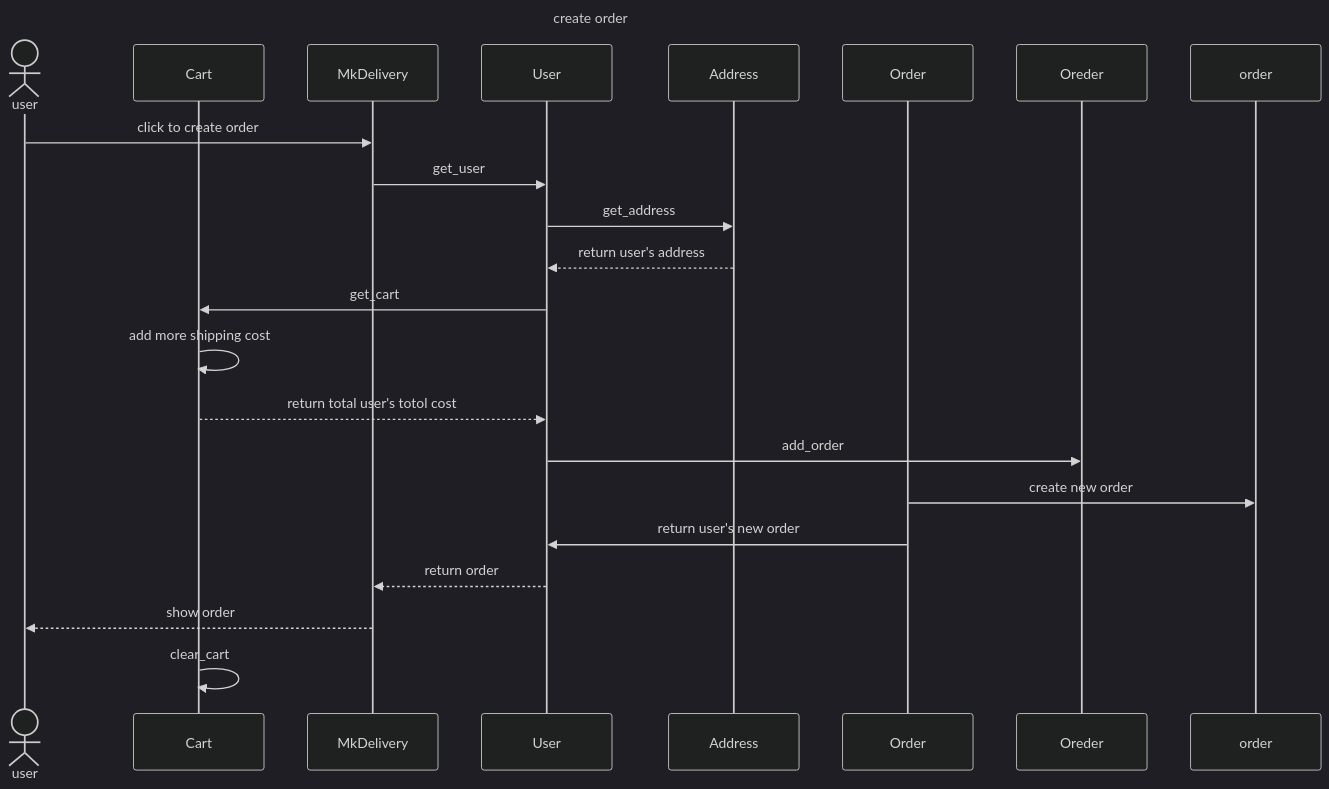
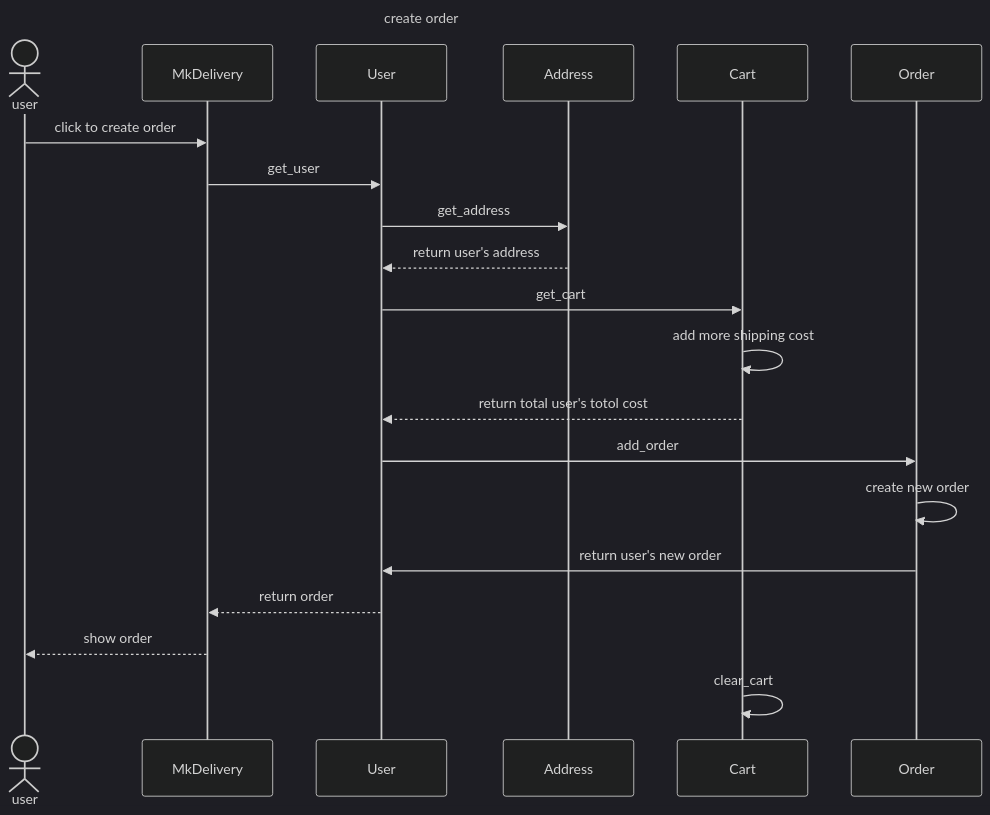
Before and after one commit to MxMhx/OOP_Project_MK_website: the diagram in sequence_diag/order/create order.mmd, drawn with Mermaid (dark theme).

Commit message:
Update create order.mmd

```diff
--- a/sequence_diag/order/create order.mmd
+++ b/sequence_diag/order/create order.mmd
@@ -1,23 +1,23 @@
 sequenceDiagram
     title create order
     actor user
-    participant Cart
+  
     participant MkDelivery
     participant User
     participant Address
     participant Cart
     participant Order
 
     user ->> MkDelivery:click to create order
     MkDelivery ->> User:get_user
     User ->> Address :get_address
     Address -->> User:return user's address 
     User ->> Cart :get_cart
     Cart ->> Cart: add more shipping cost
     Cart -->> User:return total user's totol cost
-    User ->> Oreder:add_order
-    Order ->> order :create new order 
+    User ->> Order:add_order
+    Order ->> Order :create new order 
     Order ->> User: return user's new order
     User -->> MkDelivery: return order
     MkDelivery -->> user:show order
     Cart ->> Cart :clear_cart
```
